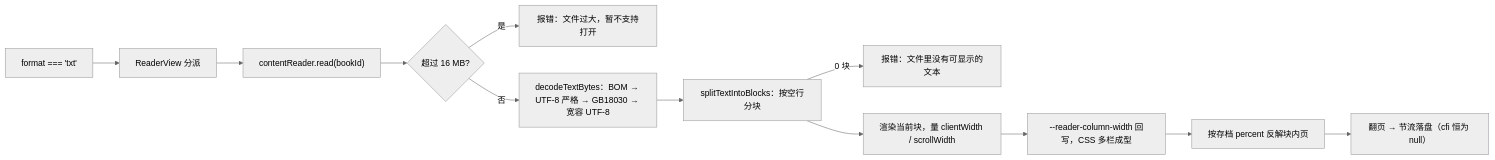
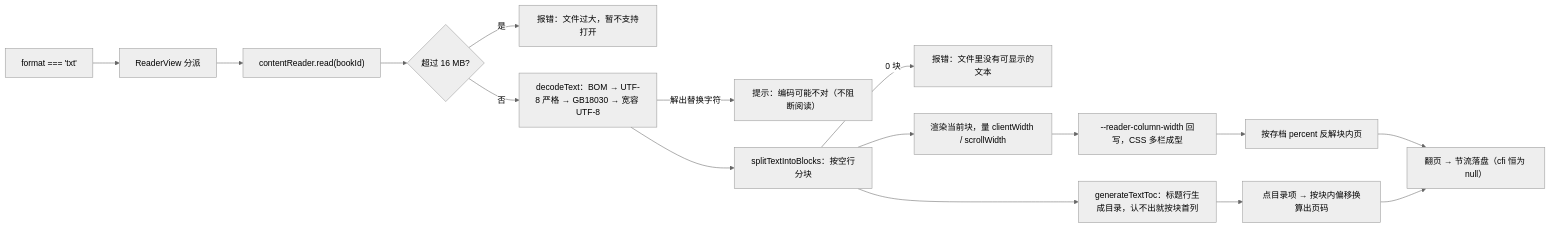
The eighth of 8 diagrams in README.md (Lor123r/-ai), drawn with Mermaid (neutral theme) before and after one commit. The commit also changed other lines of this file and 14 other files, not shown here.

````diff
--- a/README.md
+++ b/README.md
@@ -513,14 +515,18 @@
 ```mermaid
 flowchart LR
     A["format === 'txt'"] --> B["ReaderView 分派"]
     B --> C["contentReader.read(bookId)"]
     C --> D{"超过 16 MB?"}
     D -- 是 --> E["报错：文件过大，暂不支持打开"]
-    D -- 否 --> F["decodeTextBytes：BOM → UTF-8 严格 → GB18030 → 宽容 UTF-8"]
+    D -- 否 --> F["decodeText：BOM → UTF-8 严格 → GB18030 → 宽容 UTF-8"]
+    F -- 解出替换字符 --> F2["提示：编码可能不对（不阻断阅读）"]
     F --> G["splitTextIntoBlocks：按空行分块"]
     G -- 0 块 --> H["报错：文件里没有可显示的文本"]
+    G --> T["generateTextToc：标题行生成目录，认不出就按块首列"]
     G --> I["渲染当前块，量 clientWidth / scrollWidth"]
     I --> J["--reader-column-width 回写，CSS 多栏成型"]
     J --> K["按存档 percent 反解块内页"]
     K --> L["翻页 → 节流落盘（cfi 恒为 null）"]
+    T --> M["点目录项 → 按块内偏移换算出页码"]
+    M --> L
 ```
````
